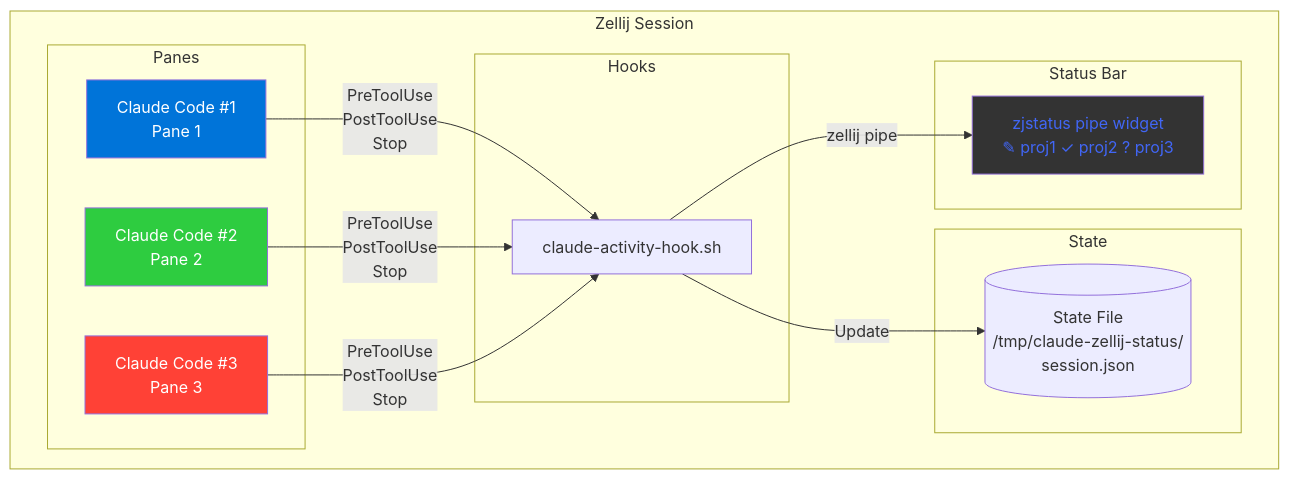
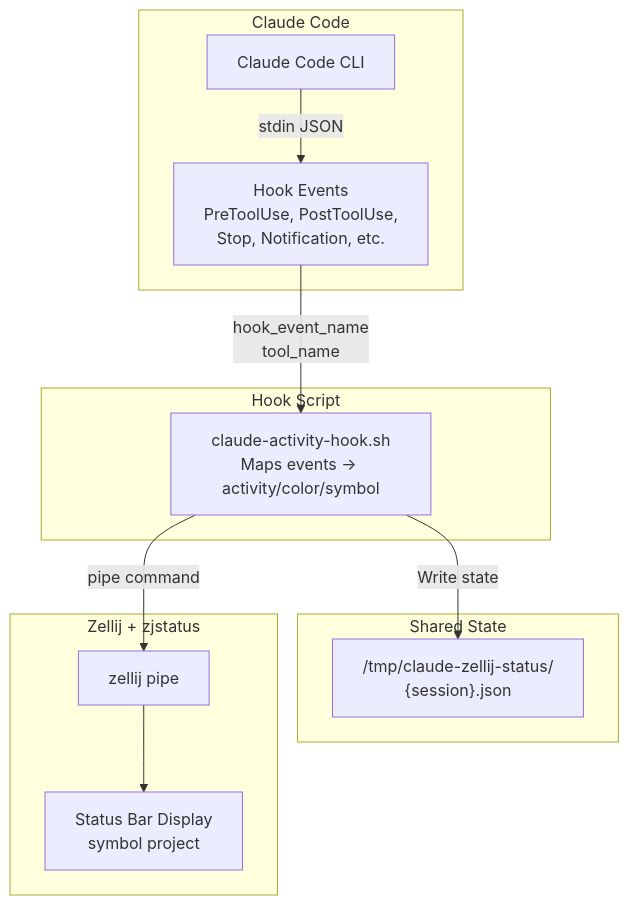
Before and after one commit to maulik13/claude-code-zellij-status: the diagram in README.md, drawn with Mermaid. The commit also changed other lines of this file and 1 other file, not shown here.

Commit message:
Update README diagram and remove unused status script
The How It Works diagram now accurately reflects the actual data flow
through the single hook script. Removed claude-zellij-status.sh which
was not used in any hook configuration.

````diff
--- a/README.md
+++ b/README.md
@@ -86,34 +88,26 @@
 ```mermaid
 flowchart TB
-    subgraph Zellij Session
-        subgraph Panes
-            CC1[Claude Code #1<br/>Pane 1]
-            CC2[Claude Code #2<br/>Pane 2]
-            CC3[Claude Code #3<br/>Pane 3]
-        end
-        
-        subgraph Hooks
-            AH[claude-activity-hook.sh]
-        end
-        
-        subgraph State
-            SF[(State File<br/>/tmp/claude-zellij-status/<br/>session.json)]
-        end
-        
-        subgraph Status Bar
-            ZJ[zjstatus pipe widget<br/>✎ proj1  ✓ proj2  ? proj3]
-        end
+    subgraph "Claude Code"
+        CC[Claude Code CLI]
+        HookEvents[Hook Events<br/>PreToolUse, PostToolUse,<br/>Stop, Notification, etc.]
     end
-    
-    CC1 -->|PreToolUse<br/>PostToolUse<br/>Stop| AH
-    CC2 -->|PreToolUse<br/>PostToolUse<br/>Stop| AH
-    CC3 -->|PreToolUse<br/>PostToolUse<br/>Stop| AH
-    
-    AH -->|Update| SF
-    AH -->|zellij pipe| ZJ
-    
-    style CC1 fill:#0074d9,color:#fff
-    style CC2 fill:#2ecc40,color:#fff
-    style CC3 fill:#ff4136,color:#fff
-    style ZJ fill:#333,color:#4166F5
+
+    subgraph "Hook Script"
+        ActivityHook[claude-activity-hook.sh<br/>Maps events → activity/color/symbol]
+    end
+
+    subgraph "Shared State"
+        StateFile["/tmp/claude-zellij-status/<br/>{session}.json"]
+    end
+
+    subgraph "Zellij + zjstatus"
+        ZellijPipe[zellij pipe]
+        StatusBar[Status Bar Display<br/>symbol project]
+    end
+
+    CC -->|"stdin JSON"| HookEvents
+    HookEvents -->|"hook_event_name<br/>tool_name"| ActivityHook
+    ActivityHook -->|"Write state"| StateFile
+    ActivityHook -->|"pipe command"| ZellijPipe
+    ZellijPipe --> StatusBar
 ```
````
